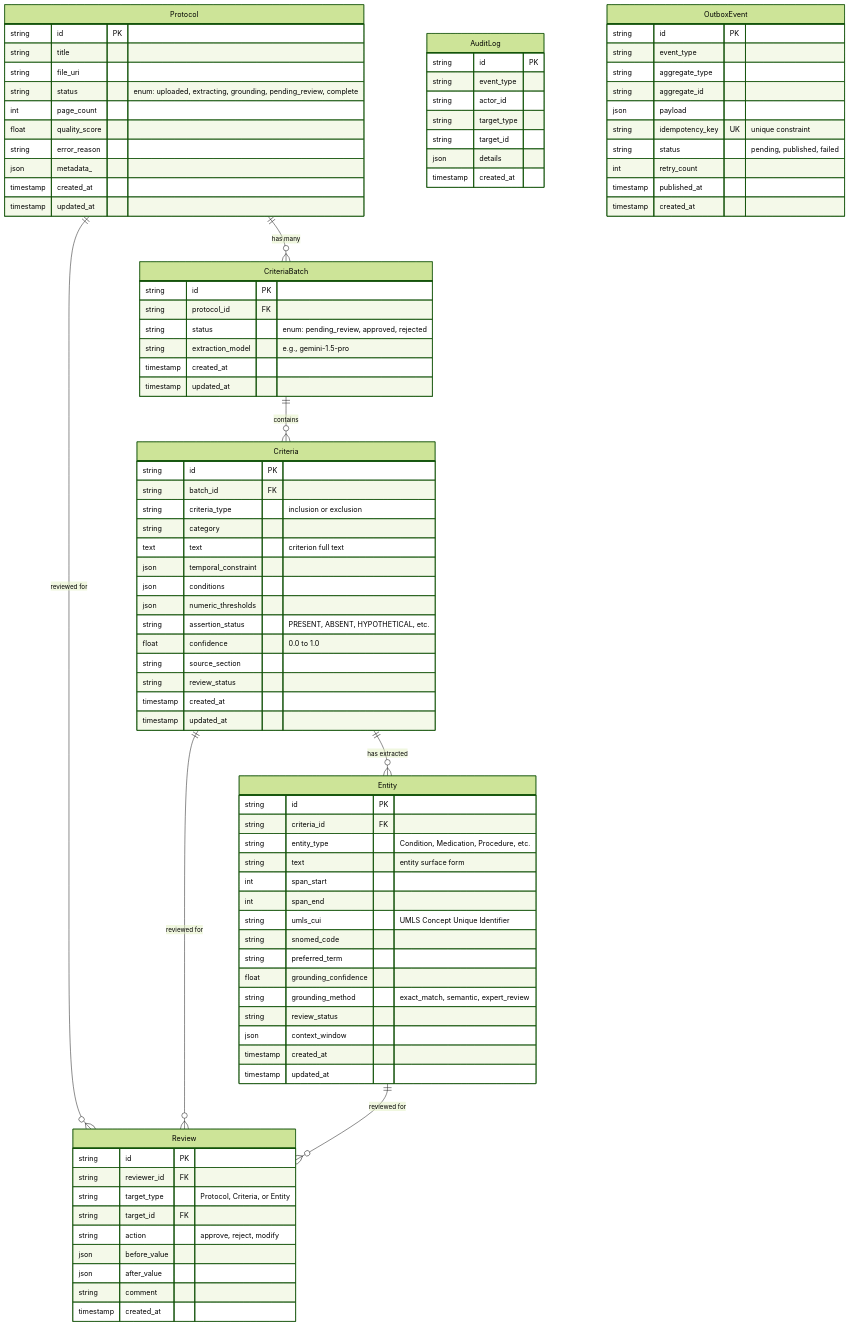
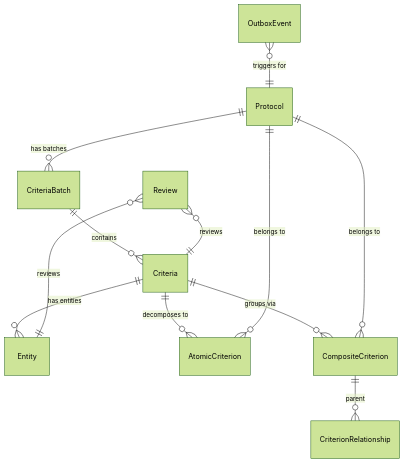
Before and after one commit to ElixirTrials/medgemma-hackathon: the first of 2 diagrams in docs/architecture/data-models.md, drawn with Mermaid (forest theme). The commit also changed other lines of this file and 50 other files, not shown here.

````diff
--- a/docs/architecture/data-models.md
+++ b/docs/architecture/data-models.md
@@ -15,101 +7,14 @@
 ```mermaid
 erDiagram
-    Protocol ||--o{ CriteriaBatch : "has many"
+    Protocol ||--o{ CriteriaBatch : "has batches"
     CriteriaBatch ||--o{ Criteria : "contains"
-    Criteria ||--o{ Entity : "has extracted"
-    Protocol ||--o{ Review : "reviewed for"
-    Criteria ||--o{ Review : "reviewed for"
-    Entity ||--o{ Review : "reviewed for"
-
-    Protocol {
-        string id PK
-        string title
-        string file_uri
-        string status "enum: uploaded, extracting, grounding, pending_review, complete"
-        int page_count
-        float quality_score
-        string error_reason
-        json metadata_
-        timestamp created_at
-        timestamp updated_at
-    }
-
-    CriteriaBatch {
-        string id PK
-        string protocol_id FK
-        string status "enum: pending_review, approved, rejected"
-        string extraction_model "e.g., gemini-1.5-pro"
-        timestamp created_at
-        timestamp updated_at
-    }
-
-    Criteria {
-        string id PK
-        string batch_id FK
-        string criteria_type "inclusion or exclusion"
-        string category
-        text text "criterion full text"
-        json temporal_constraint
-        json conditions
-        json numeric_thresholds
-        string assertion_status "PRESENT, ABSENT, HYPOTHETICAL, etc."
-        float confidence "0.0 to 1.0"
-        string source_section
-        string review_status
-        timestamp created_at
-        timestamp updated_at
-    }
-
-    Entity {
-        string id PK
-        string criteria_id FK
-        string entity_type "Condition, Medication, Procedure, etc."
-        string text "entity surface form"
-        int span_start
-        int span_end
-        string umls_cui "UMLS Concept Unique Identifier"
-        string snomed_code
-        string preferred_term
-        float grounding_confidence
-        string grounding_method "exact_match, semantic, expert_review"
-        string review_status
-        json context_window
-        timestamp created_at
-        timestamp updated_at
-    }
-
-    Review {
-        string id PK
-        string reviewer_id FK
-        string target_type "Protocol, Criteria, or Entity"
-        string target_id FK
-        string action "approve, reject, modify"
-        json before_value
-        json after_value
-        string comment
-        timestamp created_at
-    }
-
-    AuditLog {
-        string id PK
-        string event_type
-        string actor_id
-        string target_type
-        string target_id
-        json details
-        timestamp created_at
-    }
-
-    OutboxEvent {
-        string id PK
-        string event_type
-        string aggregate_type
-        string aggregate_id
-        json payload
-        string idempotency_key UK "unique constraint"
-        string status "pending, published, failed"
-        int retry_count
-        timestamp published_at
-        timestamp created_at
-    }
+    Criteria ||--o{ Entity : "has entities"
+    Criteria ||--o{ AtomicCriterion : "decomposes to"
+    Criteria ||--o{ CompositeCriterion : "groups via"
+    CompositeCriterion ||--o{ CriterionRelationship : "parent"
+    Protocol ||--o{ AtomicCriterion : "belongs to"
+    Protocol ||--o{ CompositeCriterion : "belongs to"
+    Review }o--|| Criteria : "reviews"
+    Review }o--|| Entity : "reviews"
+    OutboxEvent }o--|| Protocol : "triggers for"
 ```
````
